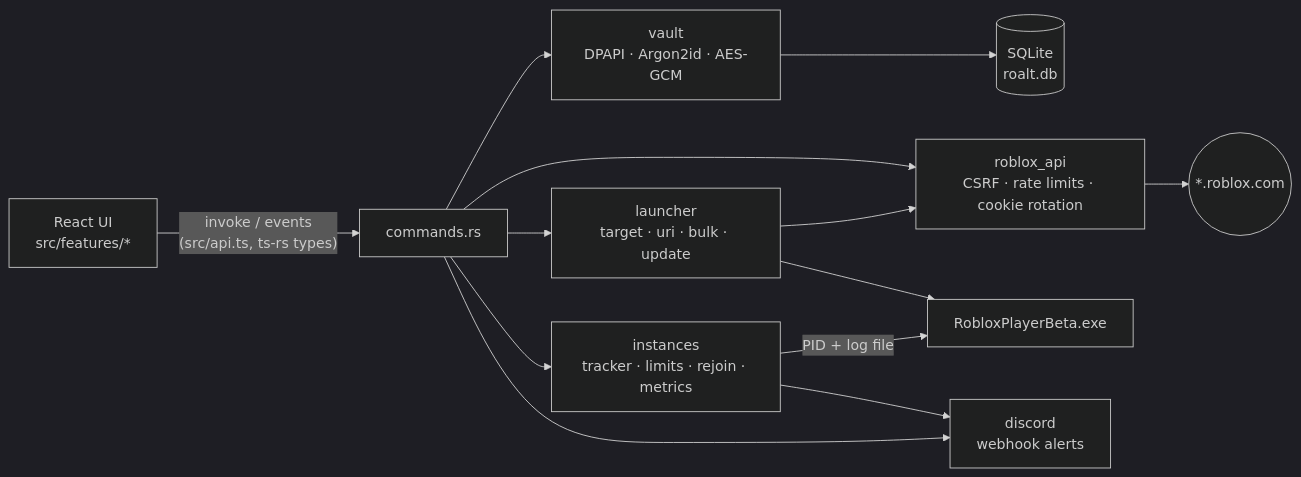
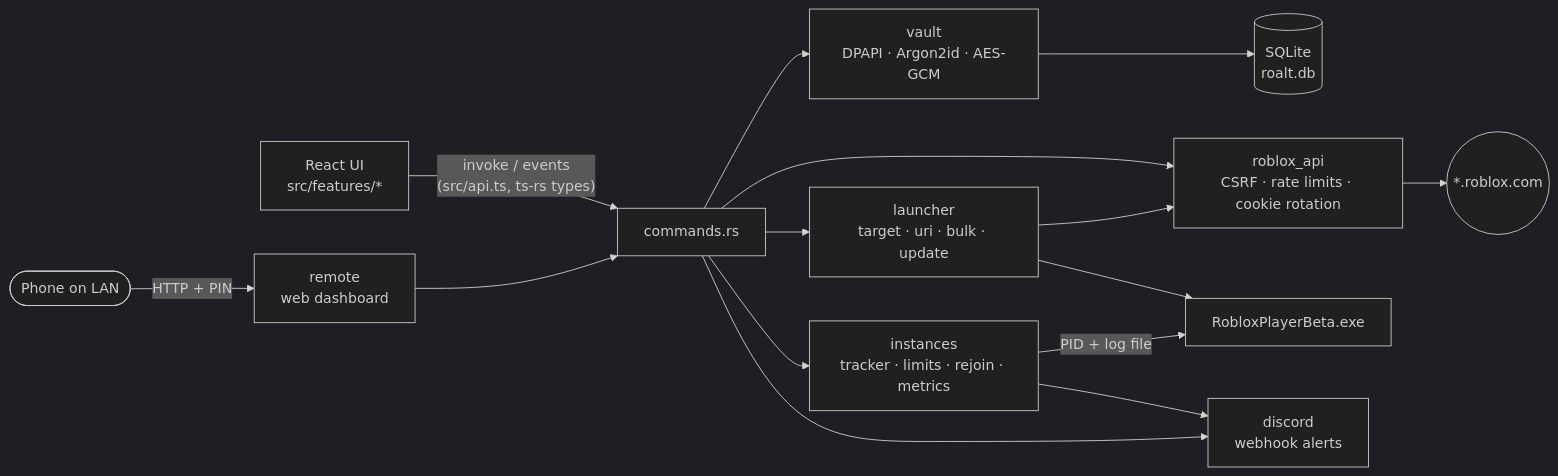
The diagram in README.md (inspectsoftware/RoALT), drawn with Mermaid (dark theme) before and after one commit. The commit also changed other lines of this file, not shown here.

First line of the commit message:
README: cover the dashboard, LAN dashboard, FPS cap and other new tools

````diff
--- a/README.md
+++ b/README.md
@@ -408,15 +434,17 @@
 ```mermaid
 flowchart LR
     UI["React UI<br/>src/features/*"] -- "invoke / events<br/>(src/api.ts, ts-rs types)" --> CMD["commands.rs"]
     CMD --> VAULT["vault<br/>DPAPI · Argon2id · AES-GCM"]
     CMD --> API["roblox_api<br/>CSRF · rate limits · cookie rotation"]
     CMD --> LAUNCH["launcher<br/>target · uri · bulk · update"]
     CMD --> INST["instances<br/>tracker · limits · rejoin · metrics"]
     CMD --> DISC["discord<br/>webhook alerts"]
+    PHONE(["Phone on LAN"]) -- "HTTP + PIN" --> REMOTE["remote<br/>web dashboard"]
+    REMOTE --> CMD
     VAULT --> DB[("SQLite<br/>roalt.db")]
     LAUNCH --> API
     LAUNCH --> RBX["RobloxPlayerBeta.exe"]
     INST -- "PID + log file" --> RBX
     INST --> DISC
     API --> NET(("*.roblox.com"))
 ```
````
